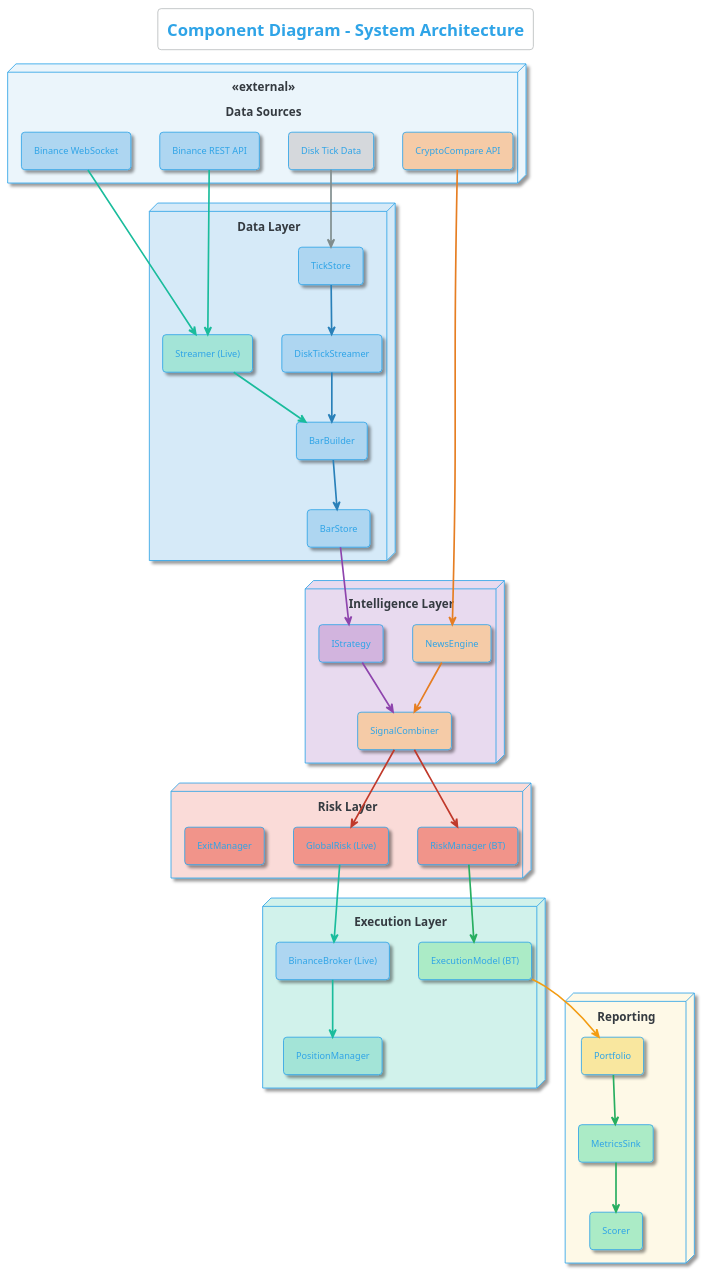
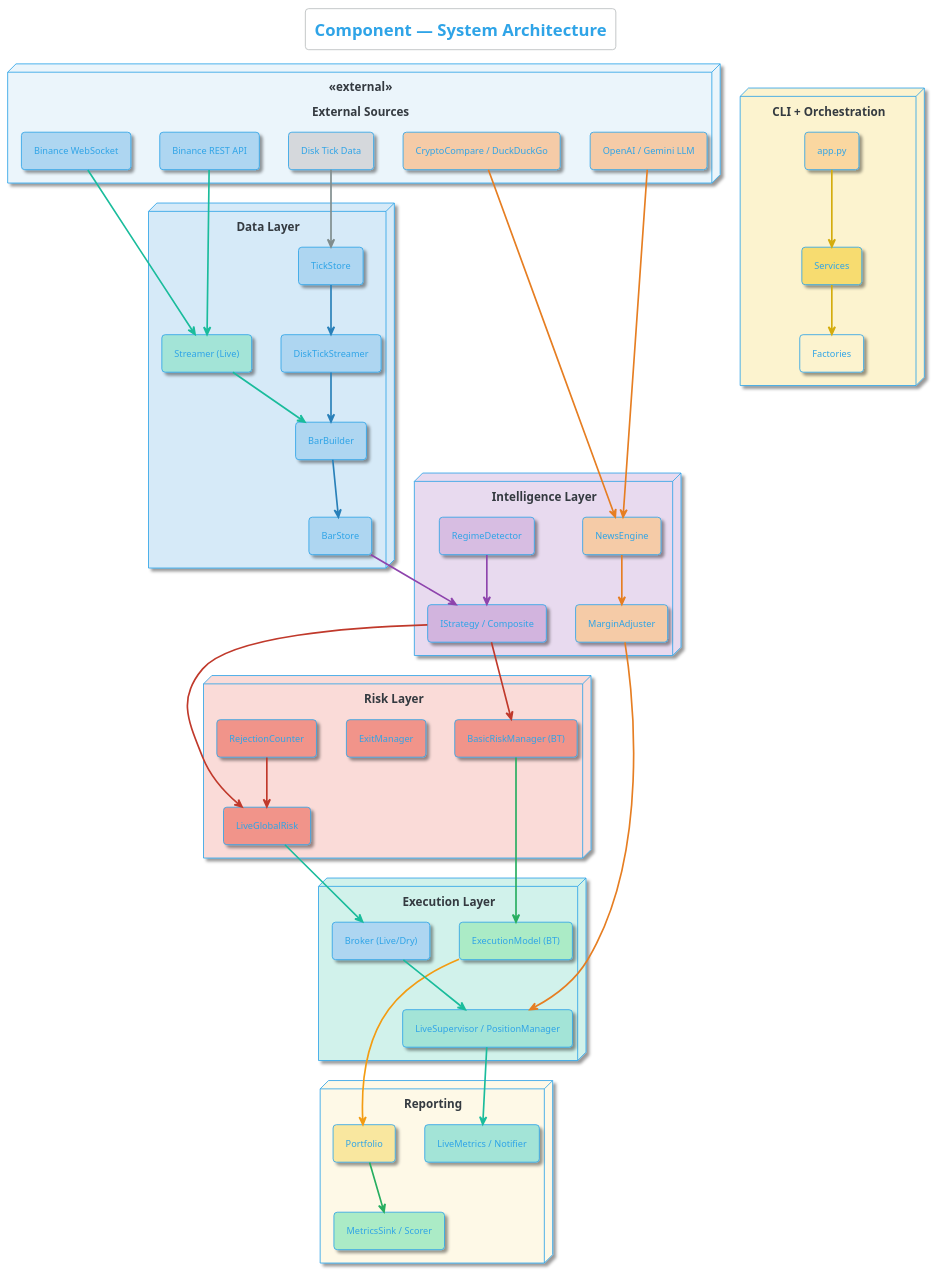
One commit to McanKul/ai-adaptive-tradebot-blg4901 changed diagram 14 of 15 in docs/uml_diagrams.puml. Above: the diagram before and after it, drawn with PlantUML. The commit also changed other lines of this file and 5 other files, not shown here.

```diff
--- a/docs/uml_diagrams.puml
+++ b/docs/uml_diagrams.puml
@@ -852,86 +1356,95 @@
 @startuml Component_Architecture
 !theme cerulean-outline
-title <size:20>**Component Diagram - System Architecture**</size>
+title <size:20>**Component — System Architecture**</size>
 
 skinparam {
   shadowing true
   defaultFontSize 12
   componentStyle rectangle
   ArrowColor #34495E
   ArrowThickness 2
 }
-
 skinparam node {
   FontSize 14
   FontStyle bold
 }
-
 skinparam component {
   FontSize 11
 }
 
-node "Data Sources" <<external>> #EBF5FB {
+node "External Sources" <<external>> #EBF5FB {
   [Binance WebSocket] as WS #AED6F1
   [Binance REST API] as REST #AED6F1
-  [CryptoCompare API] as CC #F5CBA7
+  [CryptoCompare / DuckDuckGo] as CC #F5CBA7
+  [OpenAI / Gemini LLM] as LLM #F5CBA7
   [Disk Tick Data] as DISK #D5D8DC
+}
+
+node "CLI + Orchestration" #FCF3CF {
+  [app.py] as APP #FAD7A0
+  [Services] as SVC #F7DC6F
+  [Factories] as FAC #FCF3CF
 }
 
 node "Data Layer" #D6EAF8 {
   [TickStore] as TS #AED6F1
   [DiskTickStreamer] as DS #AED6F1
   [Streamer (Live)] as LS #A3E4D7
   [BarBuilder] as BBL #AED6F1
   [BarStore] as BST #AED6F1
 }
 
 node "Intelligence Layer" #E8DAEF {
-  [IStrategy] as STRAT #D2B4DE
+  [IStrategy / Composite] as STRAT #D2B4DE
+  [RegimeDetector] as REG #D7BDE2
   [NewsEngine] as NE #F5CBA7
-  [SignalCombiner] as SC #F5CBA7
+  [MarginAdjuster] as MA #F5CBA7
 }
 
 node "Execution Layer" #D1F2EB {
   [ExecutionModel (BT)] as EM #ABEBC6
-  [BinanceBroker (Live)] as BB #AED6F1
-  [PositionManager] as PM #A3E4D7
+  [Broker (Live/Dry)] as BRK #AED6F1
+  [LiveSupervisor / PositionManager] as PM #A3E4D7
 }
 
 node "Risk Layer" #FADBD8 {
-  [RiskManager (BT)] as RM #F1948A
-  [GlobalRisk (Live)] as GR #F1948A
+  [BasicRiskManager (BT)] as RM #F1948A
+  [LiveGlobalRisk] as GR #F1948A
   [ExitManager] as EXM #F1948A
+  [RejectionCounter] as RC #F1948A
 }
 
 node "Reporting" #FEF9E7 {
-  [MetricsSink] as MS #ABEBC6
-  [Scorer] as SCR #ABEBC6
+  [MetricsSink / Scorer] as MS #ABEBC6
   [Portfolio] as PF #F9E79F
+  [LiveMetrics / Notifier] as LM #A3E4D7
 }
 
+APP -[#D4AC0D]-> SVC
+SVC -[#D4AC0D]-> FAC
 DISK -[#7F8C8D]-> TS
 TS -[#2980B9]-> DS
 WS -[#1ABC9C]-> LS
 REST -[#1ABC9C]-> LS
 CC -[#E67E22]-> NE
+LLM -[#E67E22]-> NE
 
 DS -[#2980B9]-> BBL
 LS -[#1ABC9C]-> BBL
 BBL -[#2980B9]-> BST
+BST -[#8E44AD]-> STRAT
+REG -[#8E44AD]-> STRAT
+NE -[#E67E22]-> MA
 
-BST -[#8E44AD]-> STRAT
-NE -[#E67E22]-> SC
-STRAT -[#8E44AD]-> SC
-
-SC -[#C0392B]-> RM
-SC -[#C0392B]-> GR
+STRAT -[#C0392B]-> RM
+STRAT -[#C0392B]-> GR
+MA -[#E67E22]-> PM
 RM -[#27AE60]-> EM
-GR -[#1ABC9C]-> BB
-
+GR -[#1ABC9C]-> BRK
 EM -[#F39C12]-> PF
-BB -[#1ABC9C]-> PM
-
+BRK -[#1ABC9C]-> PM
+RC -[#C0392B]-> GR
 PF -[#27AE60]-> MS
-MS -[#27AE60]-> SCR
+PM -[#1ABC9C]-> LM
 
 @enduml
```
